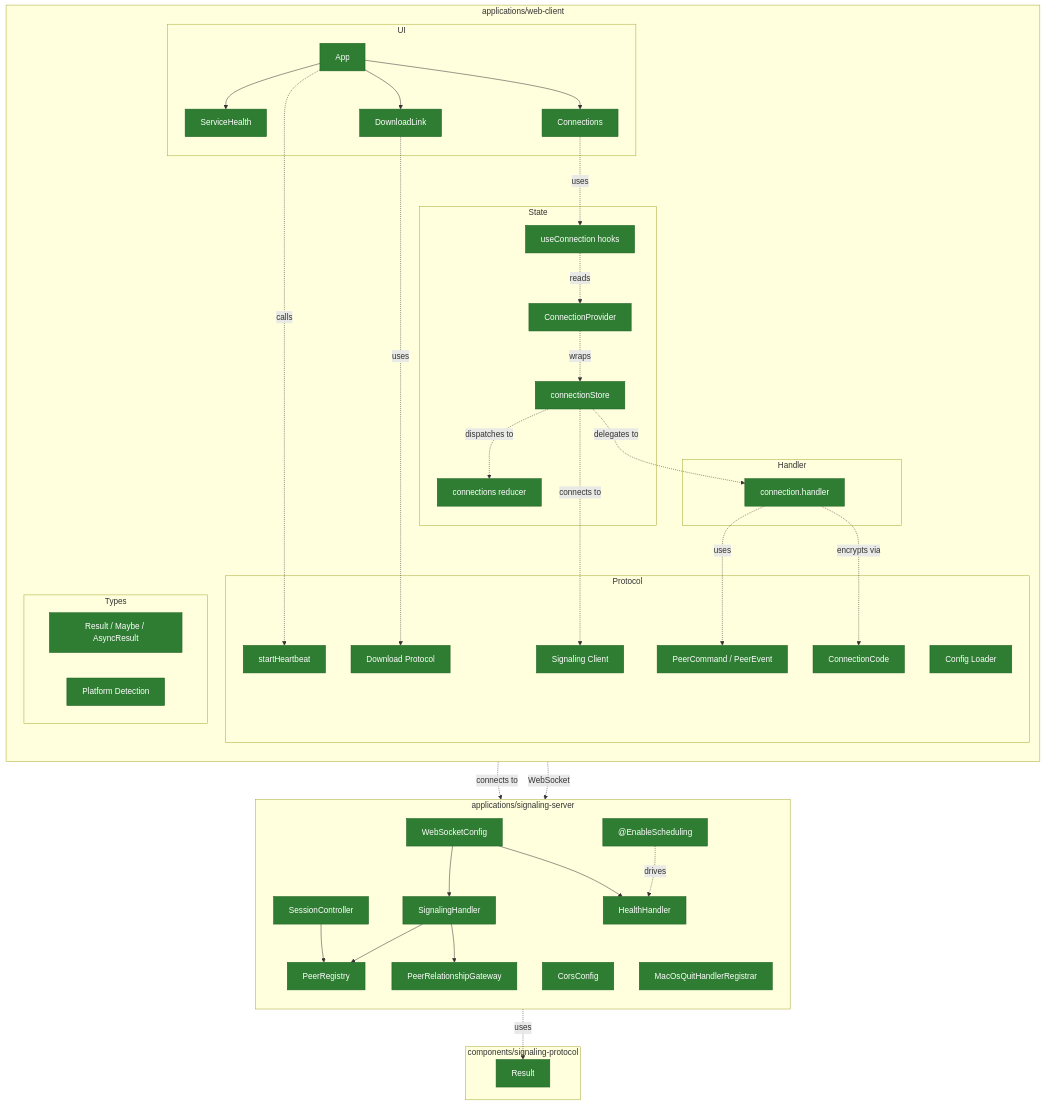
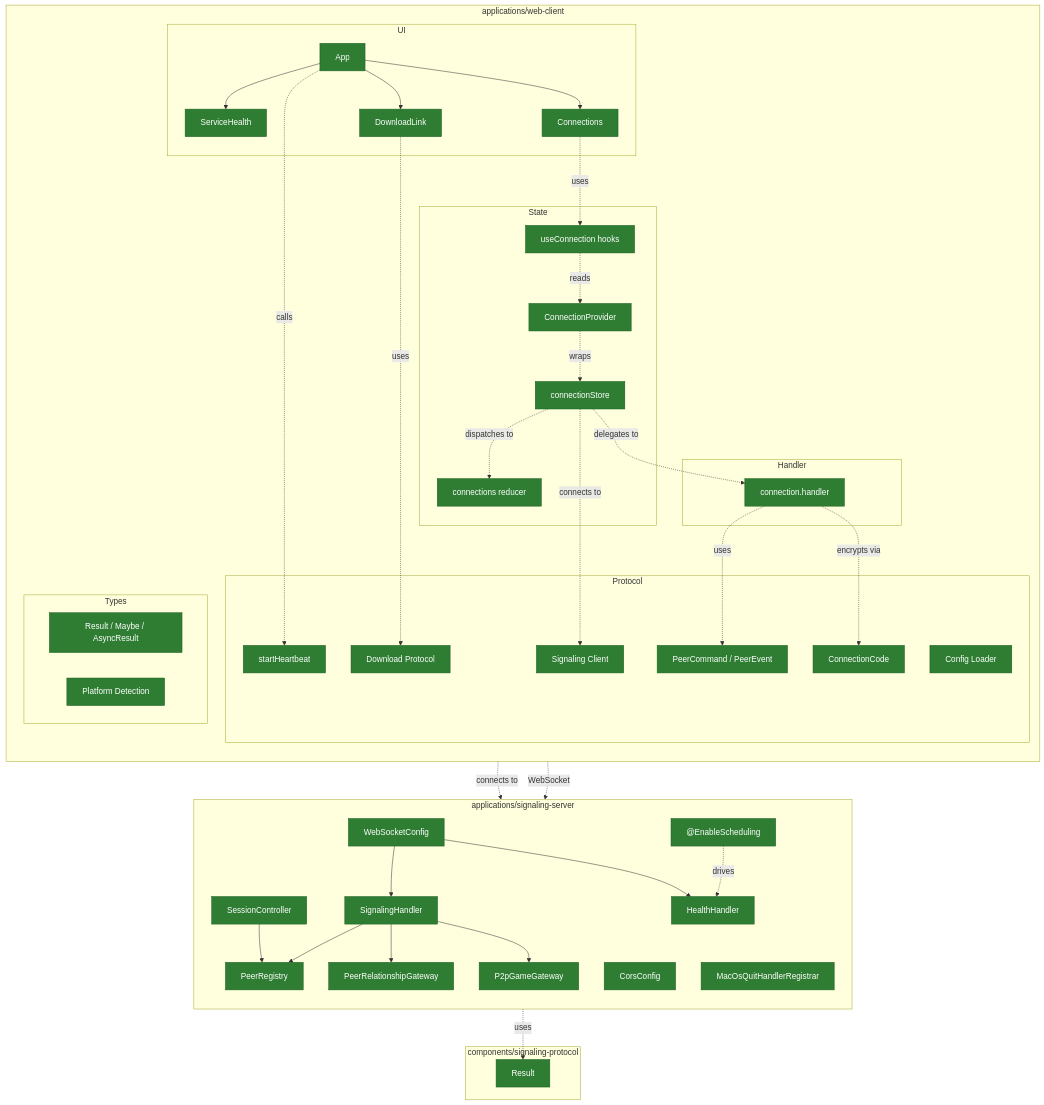
The first of 7 diagrams in docs/architecture.md (RyanDur/battleship), drawn with Mermaid before and after one commit. The commit also changed other lines of this file and 4 other files, not shown here.

First line of the commit message:
docs: add game reconnect flow to architecture, update README, add e2e tests

```diff
--- a/docs/architecture.md
+++ b/docs/architecture.md
@@ -11,6 +11,7 @@
         WC --> HH[HealthHandler]
         SH --> PR
         SH --> PRG[PeerRelationshipGateway]
+        SH --> PGG[P2pGameGateway]
         ES["@EnableScheduling"] -.->|drives| HH
         CC[CorsConfig]
         QH[MacOsQuitHandlerRegistrar]
@@ -68,6 +69,7 @@
     style SH fill:#2e7d32,stroke:#1b5e20,color:#fff
     style PR fill:#2e7d32,stroke:#1b5e20,color:#fff
     style PRG fill:#2e7d32,stroke:#1b5e20,color:#fff
+    style PGG fill:#2e7d32,stroke:#1b5e20,color:#fff
     style HH fill:#2e7d32,stroke:#1b5e20,color:#fff
     style WC fill:#2e7d32,stroke:#1b5e20,color:#fff
     style ES fill:#2e7d32,stroke:#1b5e20,color:#fff
```
